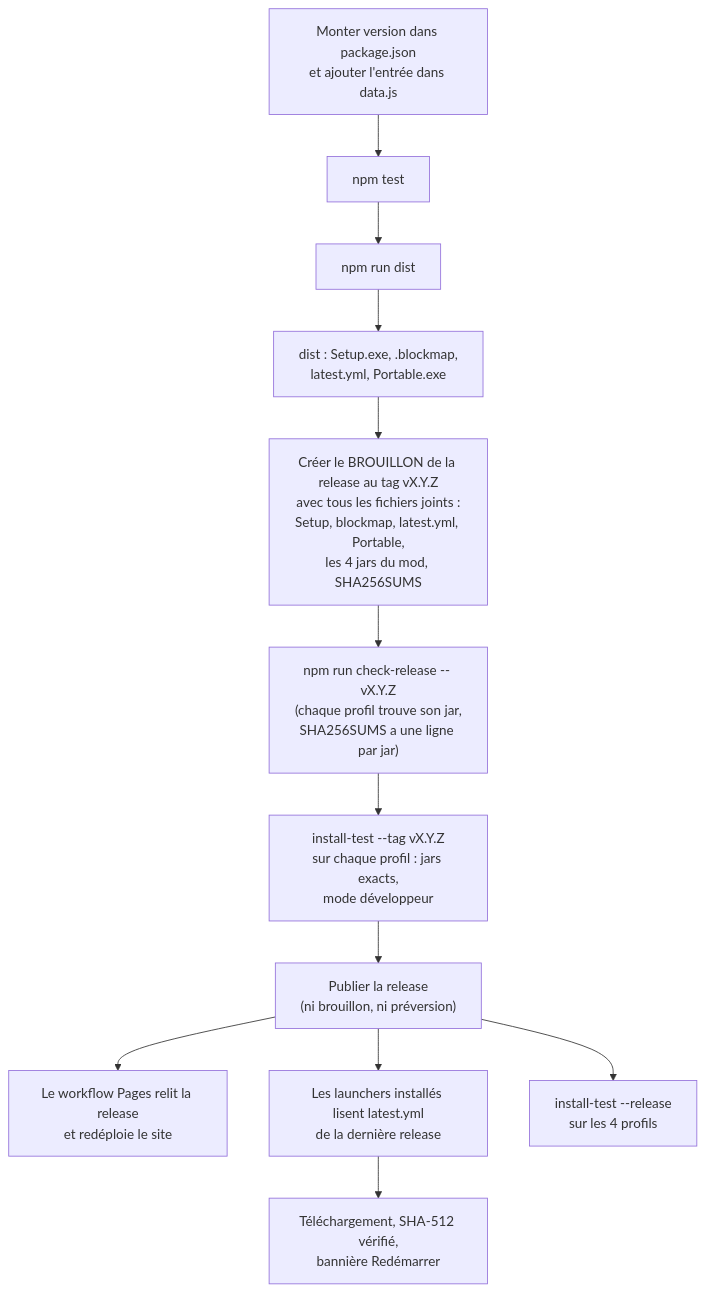
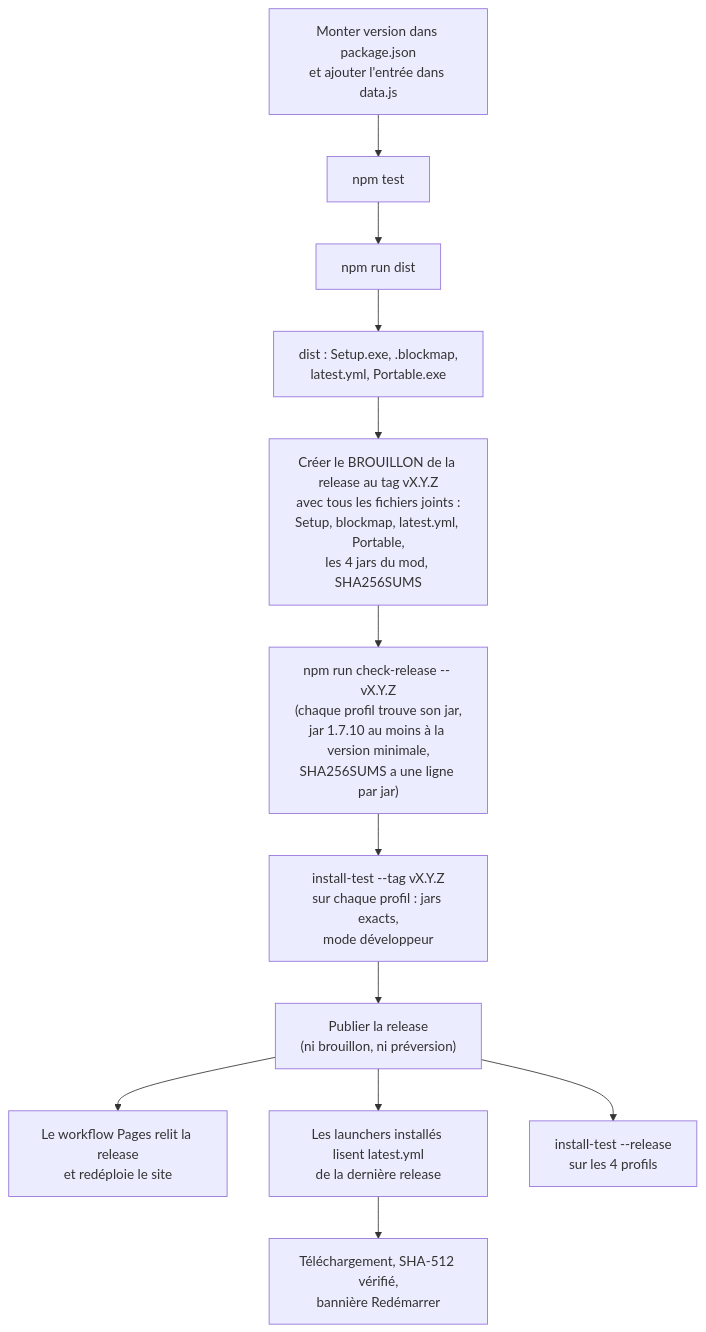
One commit to 7ShIkI3/attack-launcher changed the diagram in docs/wiki/Publier-une-version.md. Above: the diagram before and after it, drawn with Mermaid. The commit also changed other lines of this file and 3 other files, not shown here.

````diff
--- a/docs/wiki/Publier-une-version.md
+++ b/docs/wiki/Publier-une-version.md
@@ -9,14 +9,14 @@
 ```mermaid
 flowchart TD
   A["Monter version dans package.json<br>et ajouter l'entrée dans data.js"] --> B["npm test"]
   B --> C["npm run dist"]
   C --> D["dist : Setup.exe, .blockmap,<br>latest.yml, Portable.exe"]
   D --> E["Créer le BROUILLON de la release au tag vX.Y.Z<br>avec tous les fichiers joints :<br>Setup, blockmap, latest.yml, Portable,<br>les 4 jars du mod, SHA256SUMS"]
-  E --> K["npm run check-release -- vX.Y.Z<br>(chaque profil trouve son jar,<br>SHA256SUMS a une ligne par jar)"]
+  E --> K["npm run check-release -- vX.Y.Z<br>(chaque profil trouve son jar,<br>jar 1.7.10 au moins à la version minimale,<br>SHA256SUMS a une ligne par jar)"]
   K --> J["install-test --tag vX.Y.Z<br>sur chaque profil : jars exacts,<br>mode développeur"]
   J --> F["Publier la release<br>(ni brouillon, ni préversion)"]
   F --> S["Le workflow Pages relit la release<br>et redéploie le site"]
   F --> G["Les launchers installés lisent latest.yml<br>de la dernière release"]
   F --> R["install-test --release<br>sur les 4 profils"]
   G --> H["Téléchargement, SHA-512 vérifié,<br>bannière Redémarrer"]
 ```
````
